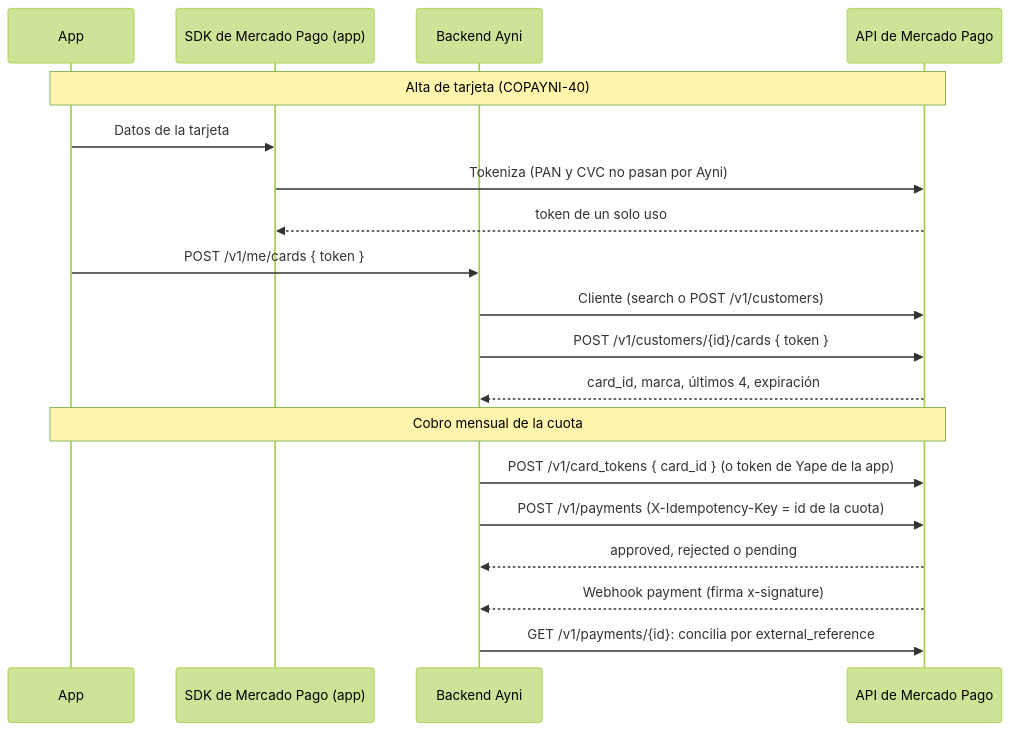
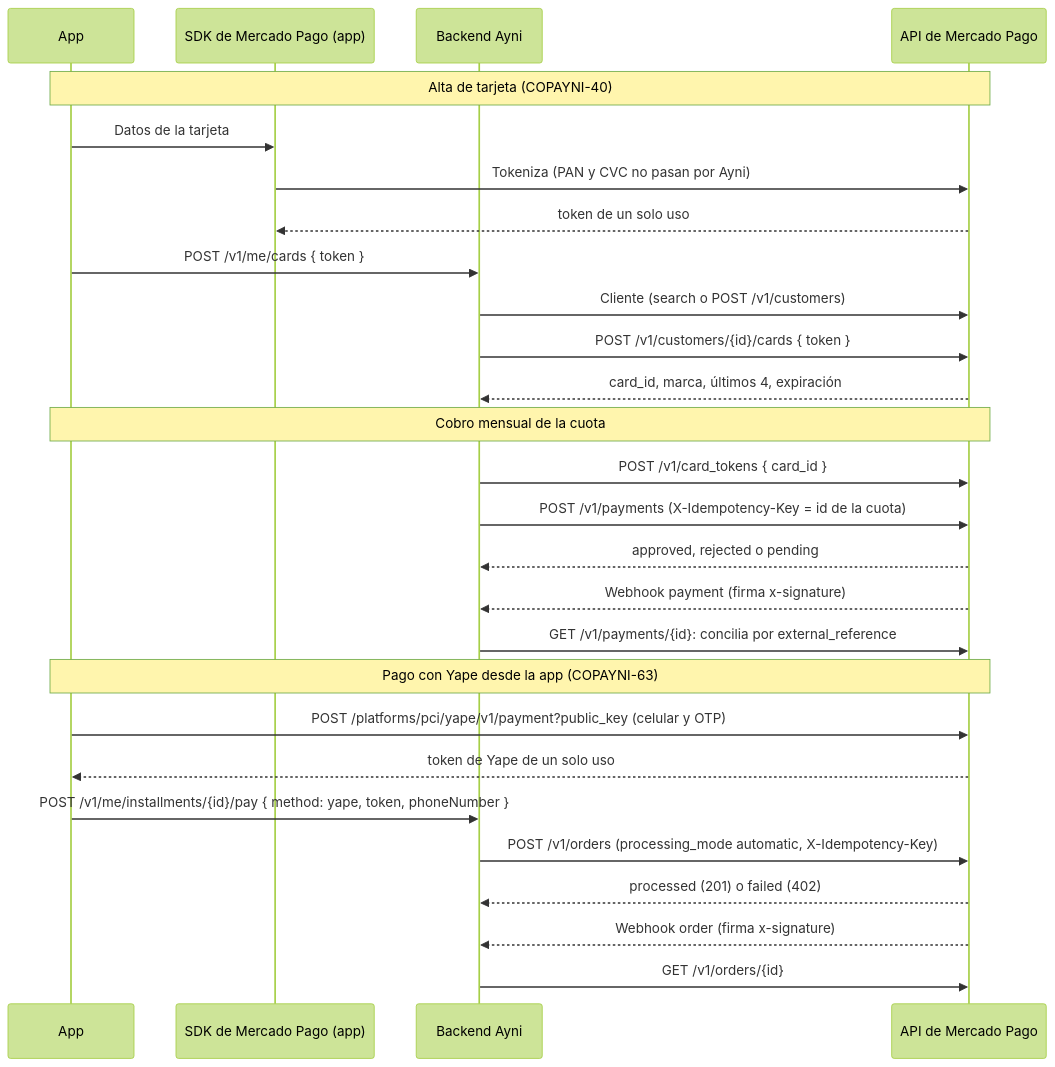
One commit to gh0st1608/fintech-ayni changed the second of 2 diagrams in docs/architecture.md. Above: the diagram before and after it, drawn with Mermaid (forest theme). The commit also changed other lines of this file and 12 other files, not shown here.

First line of the commit message:
feat(backend): cobro de cuotas con yape por checkout api con orders

````diff
--- a/docs/architecture.md
+++ b/docs/architecture.md
@@ -325,21 +325,29 @@
 ```mermaid
 sequenceDiagram
   participant App
   participant MPSDK as SDK de Mercado Pago (app)
   participant API as Backend Ayni
   participant MP as API de Mercado Pago
   Note over App,MP: Alta de tarjeta (COPAYNI-40)
   App->>MPSDK: Datos de la tarjeta
   MPSDK->>MP: Tokeniza (PAN y CVC no pasan por Ayni)
   MP-->>MPSDK: token de un solo uso
   App->>API: POST /v1/me/cards { token }
   API->>MP: Cliente (search o POST /v1/customers)
   API->>MP: POST /v1/customers/{id}/cards { token }
   MP-->>API: card_id, marca, últimos 4, expiración
   Note over App,MP: Cobro mensual de la cuota
-  API->>MP: POST /v1/card_tokens { card_id } (o token de Yape de la app)
+  API->>MP: POST /v1/card_tokens { card_id }
   API->>MP: POST /v1/payments (X-Idempotency-Key = id de la cuota)
   MP-->>API: approved, rejected o pending
   MP-->>API: Webhook payment (firma x-signature)
   API->>MP: GET /v1/payments/{id}: concilia por external_reference
+  Note over App,MP: Pago con Yape desde la app (COPAYNI-63)
+  App->>MP: POST /platforms/pci/yape/v1/payment?public_key (celular y OTP)
+  MP-->>App: token de Yape de un solo uso
+  App->>API: POST /v1/me/installments/{id}/pay { method: yape, token, phoneNumber }
+  API->>MP: POST /v1/orders (processing_mode automatic, X-Idempotency-Key)
+  MP-->>API: processed (201) o failed (402)
+  MP-->>API: Webhook order (firma x-signature)
+  API->>MP: GET /v1/orders/{id}
 ```
````
